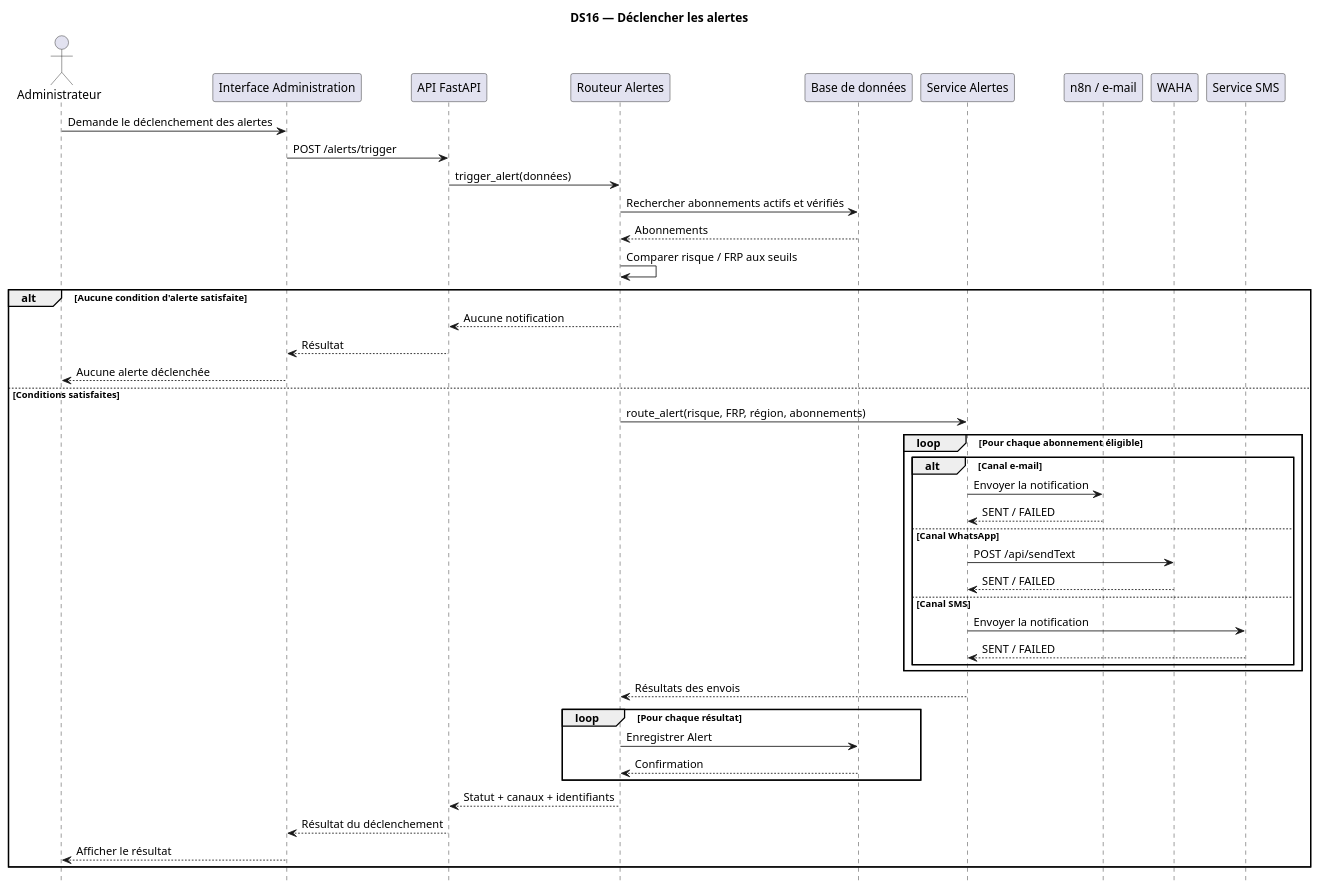
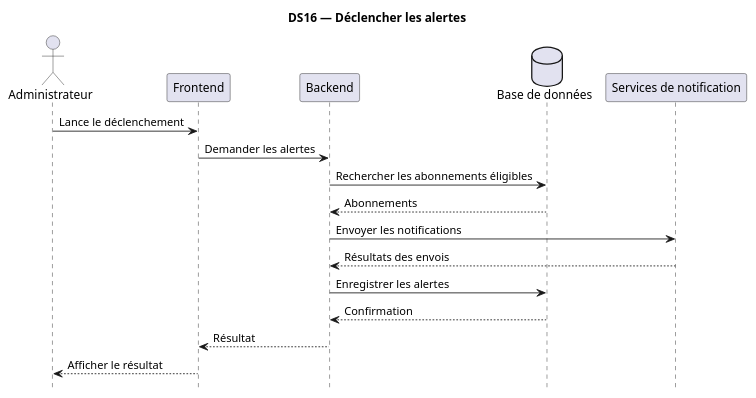
The diagram in UML_JeryMotro/DS16_Declencher_alertes.plantuml (TkAbeleon/NoteAcemiqueProjetSoutenanceL3), drawn with PlantUML before and after one commit.

Commit message:
Alléger DS16 avec le service de notification

```diff
--- a/UML_JeryMotro/DS16_Declencher_alertes.plantuml
+++ b/UML_JeryMotro/DS16_Declencher_alertes.plantuml
@@ -1,52 +1,24 @@
 @startuml
 
 title DS16 — Déclencher les alertes
 hide footbox
 skinparam shadowing false
 
 actor "Administrateur" as A
-participant "Interface Administration" as I
-participant "API FastAPI" as API
-participant "Routeur Alertes" as R
-participant "Base de données" as DB
-participant "Service Alertes" as S
-participant "n8n / e-mail" as EMAIL
-participant "WAHA" as WAHA
-participant "Service SMS" as SMS
+participant "Frontend" as F
+participant "Backend" as B
+database "Base de données" as DB
+participant "Services de notification" as N
 
-A -> I : Demande le déclenchement des alertes
-I -> API : POST /alerts/trigger
-API -> R : trigger_alert(données)
-R -> DB : Rechercher abonnements actifs et vérifiés
-DB --> R : Abonnements
-R -> R : Comparer risque / FRP aux seuils
-
-alt Aucune condition d'alerte satisfaite
-    R --> API : Aucune notification
-    API --> I : Résultat
-    I --> A : Aucune alerte déclenchée
-else Conditions satisfaites
-    R -> S : route_alert(risque, FRP, région, abonnements)
-    loop Pour chaque abonnement éligible
-        alt Canal e-mail
-            S -> EMAIL : Envoyer la notification
-            EMAIL --> S : SENT / FAILED
-        else Canal WhatsApp
-            S -> WAHA : POST /api/sendText
-            WAHA --> S : SENT / FAILED
-        else Canal SMS
-            S -> SMS : Envoyer la notification
-            SMS --> S : SENT / FAILED
-        end
-    end
-    S --> R : Résultats des envois
-    loop Pour chaque résultat
-        R -> DB : Enregistrer Alert
-        DB --> R : Confirmation
-    end
-    R --> API : Statut + canaux + identifiants
-    API --> I : Résultat du déclenchement
-    I --> A : Afficher le résultat
-end
+A -> F : Lance le déclenchement
+F -> B : Demander les alertes
+B -> DB : Rechercher les abonnements éligibles
+DB --> B : Abonnements
+B -> N : Envoyer les notifications
+N --> B : Résultats des envois
+B -> DB : Enregistrer les alertes
+DB --> B : Confirmation
+B --> F : Résultat
+F --> A : Afficher le résultat
 
 @enduml
```
